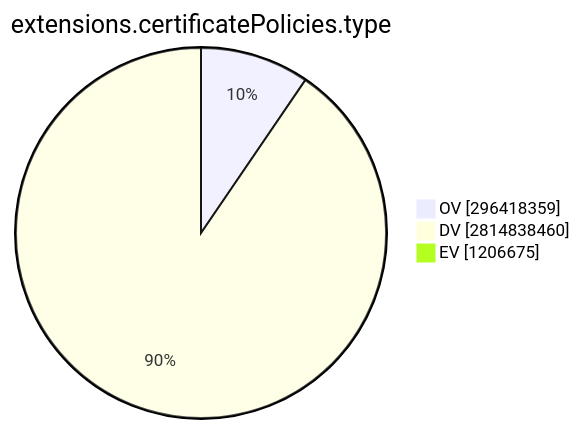
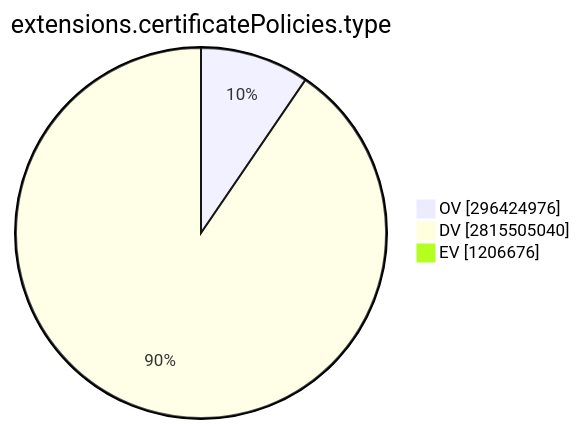
The ninth of 15 diagrams in TOTAL/README.md (christiankrug/ctmonitor_visualization), drawn with Mermaid before and after one commit. The commit also changed other lines of this file, not shown here.

````diff
--- a/TOTAL/README.md
+++ b/TOTAL/README.md
@@ -3099,7 +3099,7 @@
 ```mermaid
 pie showData
 title extensions.certificatePolicies.type
-"OV" :296418359
-"DV" :2814838460
-"EV" :1206675
+"OV" :296424976
+"DV" :2815505040
+"EV" :1206676
 ```
````
